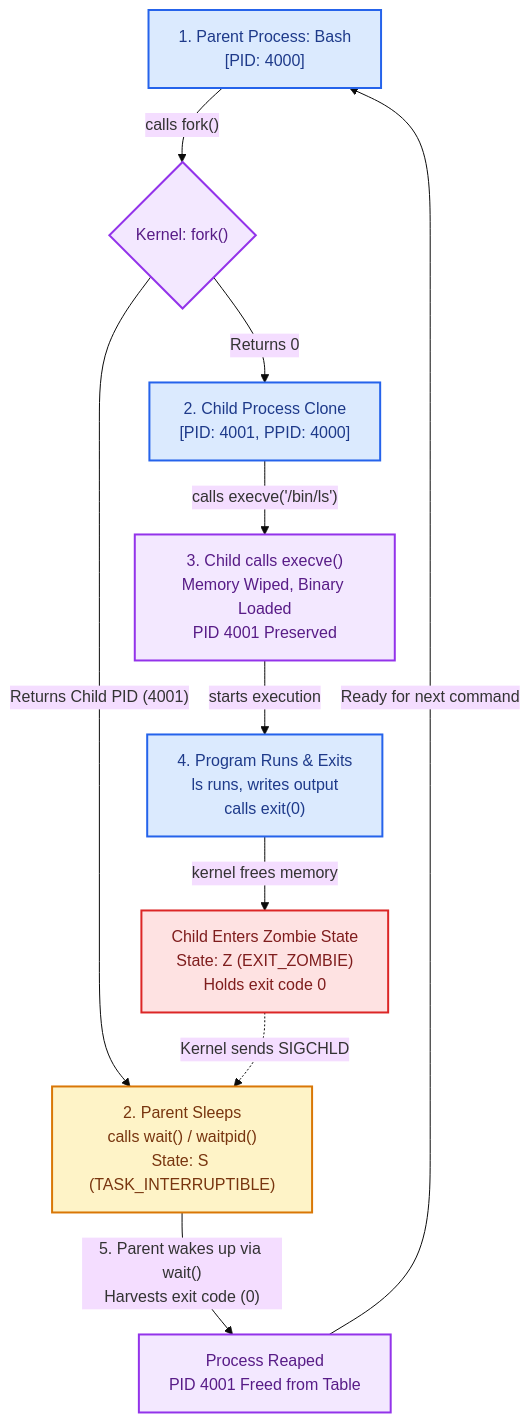
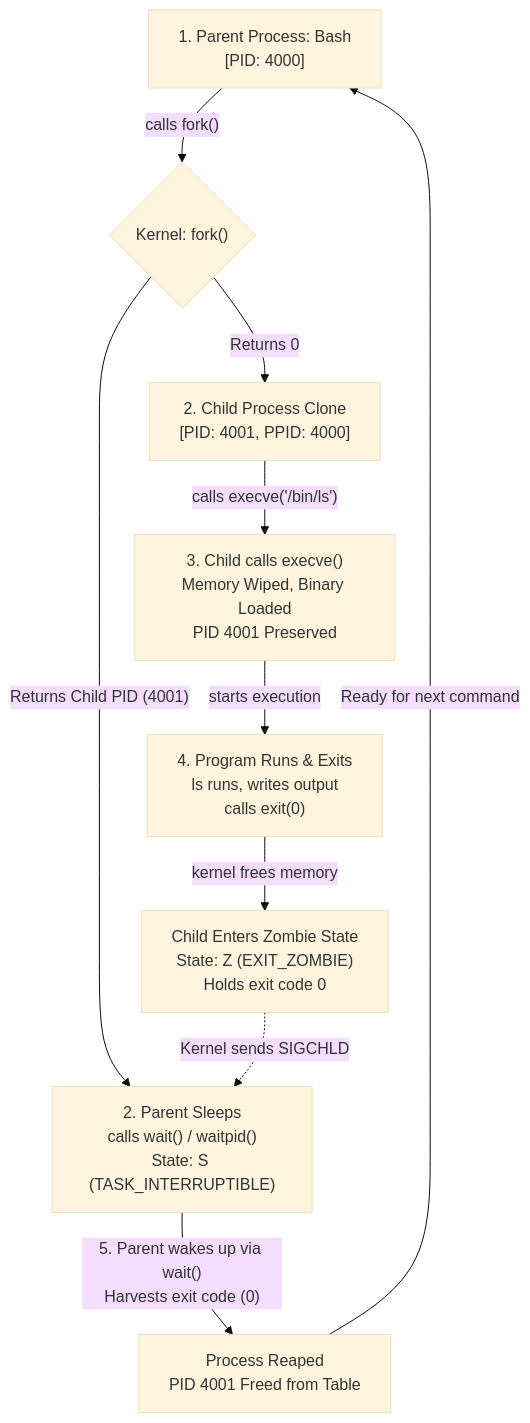
One commit to isswansalty-tech/day-01-linux-processes changed the diagram in README.md. Above: the diagram before and after it, drawn with Mermaid (base theme). The commit also changed other lines of this file and 1 other file, not shown here.

Commit message:
Simplify notes: remove redundant overview, clean diagram styling, and naturalize phrasing

````diff
--- a/README.md
+++ b/README.md
@@ -84,34 +79,17 @@
 ```mermaid
 flowchart TD
-    %% Execution Loop
     ParentBash["1. Parent Process: Bash<br>[PID: 4000]"] -->|"calls fork()"| SyscallFork{"Kernel: fork()"}
     
-    %% Fork Branches
     SyscallFork -->|"Returns Child PID (4001)"| ParentSleep["2. Parent Sleeps<br>calls wait() / waitpid()<br>State: S (TASK_INTERRUPTIBLE)"]
     SyscallFork -->|"Returns 0"| ChildClone["2. Child Process Clone<br>[PID: 4001, PPID: 4000]"]
     
-    %% Child Transformation
     ChildClone -->|"calls execve('/bin/ls')"| ExecveTransition["3. Child calls execve()<br>Memory Wiped, Binary Loaded<br>PID 4001 Preserved"]
     
-    %% Running and Exit
     ExecveTransition -->|"starts execution"| ProgramRun["4. Program Runs & Exits<br>ls runs, writes output<br>calls exit(0)"]
     
-    %% Zombie and Signal
     ProgramRun -->|"kernel frees memory"| ZombieState["Child Enters Zombie State<br>State: Z (EXIT_ZOMBIE)<br>Holds exit code 0"]
     
-    %% Wakeup and Reap
     ZombieState -.->|"Kernel sends SIGCHLD"| ParentSleep
     ParentSleep -->|"5. Parent wakes up via wait()<br>Harvests exit code (0)"| Reaped["Process Reaped<br>PID 4001 Freed from Table"]
     Reaped -->|"Ready for next command"| ParentBash
-
-    classDef default fill:#f8fafc,stroke:#475569,stroke-width:1px,color:#0f172a;
-    classDef highlight fill:#dbeafe,stroke:#2563eb,stroke-width:2px,color:#1e3a8a;
-    classDef kernel fill:#f3e8ff,stroke:#9333ea,stroke-width:2px,color:#581c87;
-    classDef waiting fill:#fef3c7,stroke:#d97706,stroke-width:2px,color:#78350f;
-    classDef dead fill:#fee2e2,stroke:#dc2626,stroke-width:2px,color:#7f1d1d;
-
-    class ParentBash,ChildClone,ProgramRun highlight;
-    class SyscallFork,ExecveTransition,Reaped kernel;
-    class ParentSleep waiting;
-    class ZombieState dead;
 ```
````
